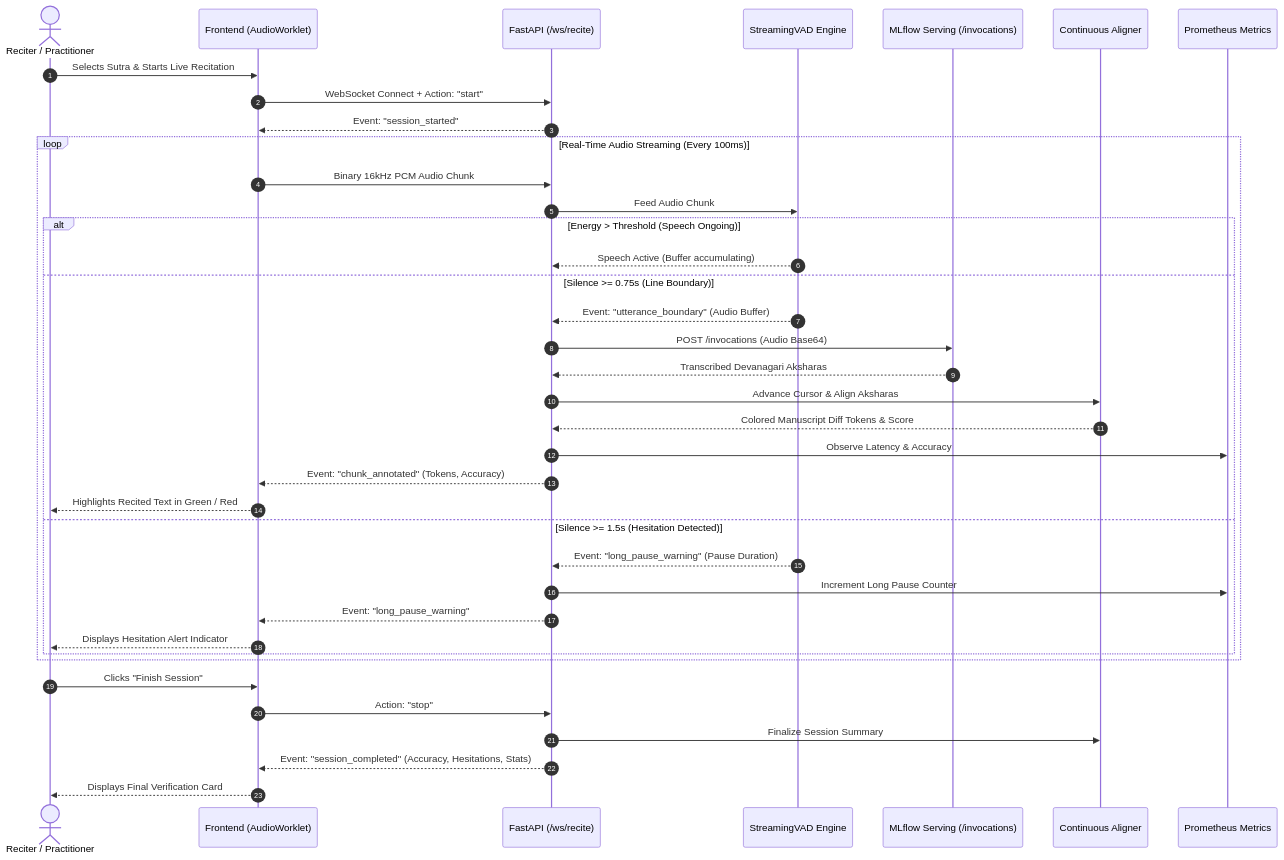
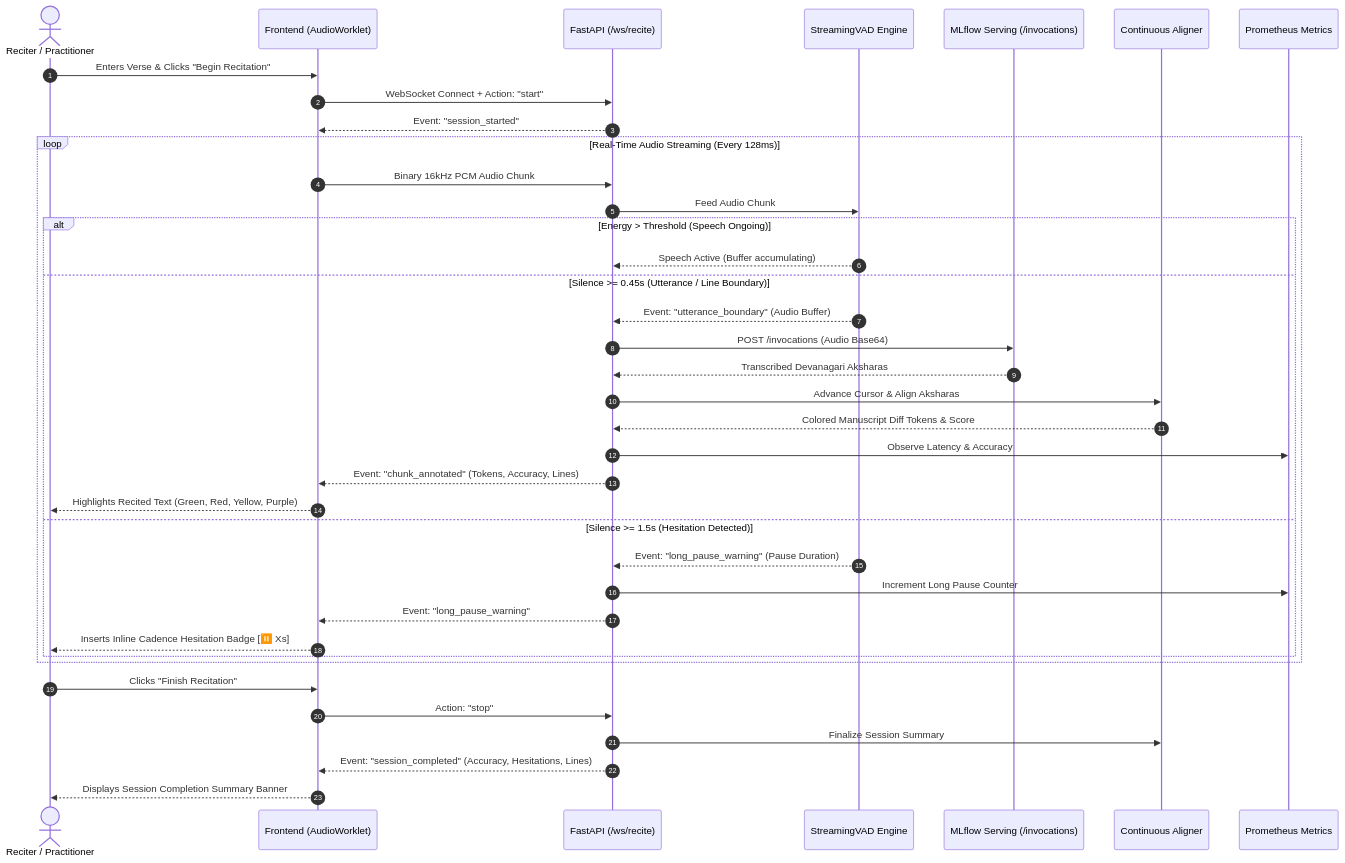
One commit to Pakshal-Nagda/AIOps-Lab-Project changed the second of 2 diagrams in docs/high_level_design.md. Above: the diagram before and after it, drawn with Mermaid. The commit also changed other lines of this file and 5 other files, not shown here.

````diff
--- a/docs/high_level_design.md
+++ b/docs/high_level_design.md
@@ -127,44 +127,44 @@
 ```mermaid
 sequenceDiagram
     autonumber
     actor Speaker as Reciter / Practitioner
     participant UI as Frontend (AudioWorklet)
     participant WS as FastAPI (/ws/recite)
     participant VAD as StreamingVAD Engine
     participant MLflow as MLflow Serving (/invocations)
     participant Aligner as Continuous Aligner
     participant Prom as Prometheus Metrics
 
-    Speaker->>UI: Selects Sutra & Starts Live Recitation
+    Speaker->>UI: Enters Verse & Clicks "Begin Recitation"
     UI->>WS: WebSocket Connect + Action: "start"
     WS-->>UI: Event: "session_started"
     
-    loop Real-Time Audio Streaming (Every 100ms)
+    loop Real-Time Audio Streaming (Every 128ms)
         UI->>WS: Binary 16kHz PCM Audio Chunk
         WS->>VAD: Feed Audio Chunk
         
         alt Energy > Threshold (Speech Ongoing)
             VAD-->>WS: Speech Active (Buffer accumulating)
-        else Silence >= 0.75s (Line Boundary)
+        else Silence >= 0.45s (Utterance / Line Boundary)
             VAD-->>WS: Event: "utterance_boundary" (Audio Buffer)
             WS->>MLflow: POST /invocations (Audio Base64)
             MLflow-->>WS: Transcribed Devanagari Aksharas
             WS->>Aligner: Advance Cursor & Align Aksharas
             Aligner-->>WS: Colored Manuscript Diff Tokens & Score
             WS->>Prom: Observe Latency & Accuracy
-            WS-->>UI: Event: "chunk_annotated" (Tokens, Accuracy)
-            UI-->>Speaker: Highlights Recited Text in Green / Red
+            WS-->>UI: Event: "chunk_annotated" (Tokens, Accuracy, Lines)
+            UI-->>Speaker: Highlights Recited Text (Green, Red, Yellow, Purple)
         else Silence >= 1.5s (Hesitation Detected)
             VAD-->>WS: Event: "long_pause_warning" (Pause Duration)
             WS->>Prom: Increment Long Pause Counter
             WS-->>UI: Event: "long_pause_warning"
-            UI-->>Speaker: Displays Hesitation Alert Indicator
+            UI-->>Speaker: Inserts Inline Cadence Hesitation Badge [⏸️ Xs]
         end
     end
 
-    Speaker->>UI: Clicks "Finish Session"
+    Speaker->>UI: Clicks "Finish Recitation"
     UI->>WS: Action: "stop"
     WS->>Aligner: Finalize Session Summary
-    WS-->>UI: Event: "session_completed" (Accuracy, Hesitations, Stats)
-    UI-->>Speaker: Displays Final Verification Card
+    WS-->>UI: Event: "session_completed" (Accuracy, Hesitations, Lines)
+    UI-->>Speaker: Displays Session Completion Summary Banner
 ```
````
